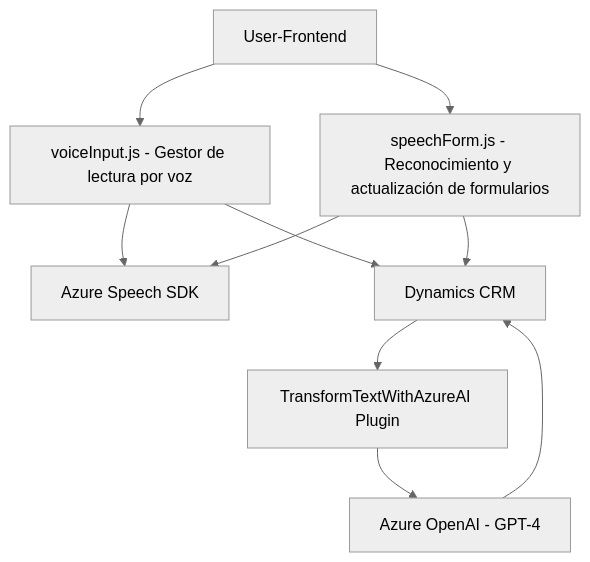
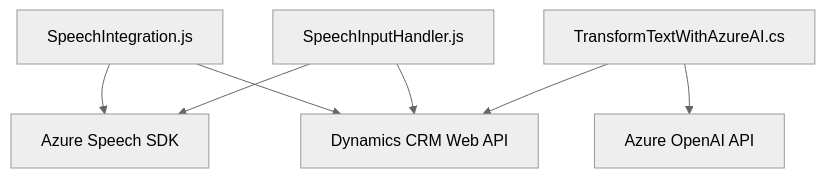
The diagram in README.md (blopezdm/NETCORE_BILBAO2025), drawn with Mermaid (neutral theme) before and after one commit. The commit also changed other lines of this file, not shown here.

````diff
--- a/README.md
+++ b/README.md
@@ -53,20 +44,16 @@
 ```mermaid
 graph TD
-    A["User-Frontend"]
-    B["voiceInput.js - Gestor de lectura por voz"]
-    C["speechForm.js - Reconocimiento y actualización de formularios"]
-    D["Azure Speech SDK"]
-    E["TransformTextWithAzureAI Plugin"]
-    F["Dynamics CRM"]
-    G["Azure OpenAI - GPT-4"]
-
-    A-->B
-    B-->D
-    A-->C
-    C-->D
-    B-->F
-    C-->F
-    F-->E
-    E-->G
-    G-->F
+    F1["SpeechIntegration.js"]
+    F2["SpeechInputHandler.js"]
+    B["TransformTextWithAzureAI.cs"]
+    SDK1["Azure Speech SDK"]
+    SDK2["Azure OpenAI API"]
+    API1["Dynamics CRM Web API"]
+    
+    F1 --> SDK1
+    F1 --> API1
+    F2 --> SDK1
+    F2 --> API1
+    B --> SDK2
+    B --> API1
 ```
````
